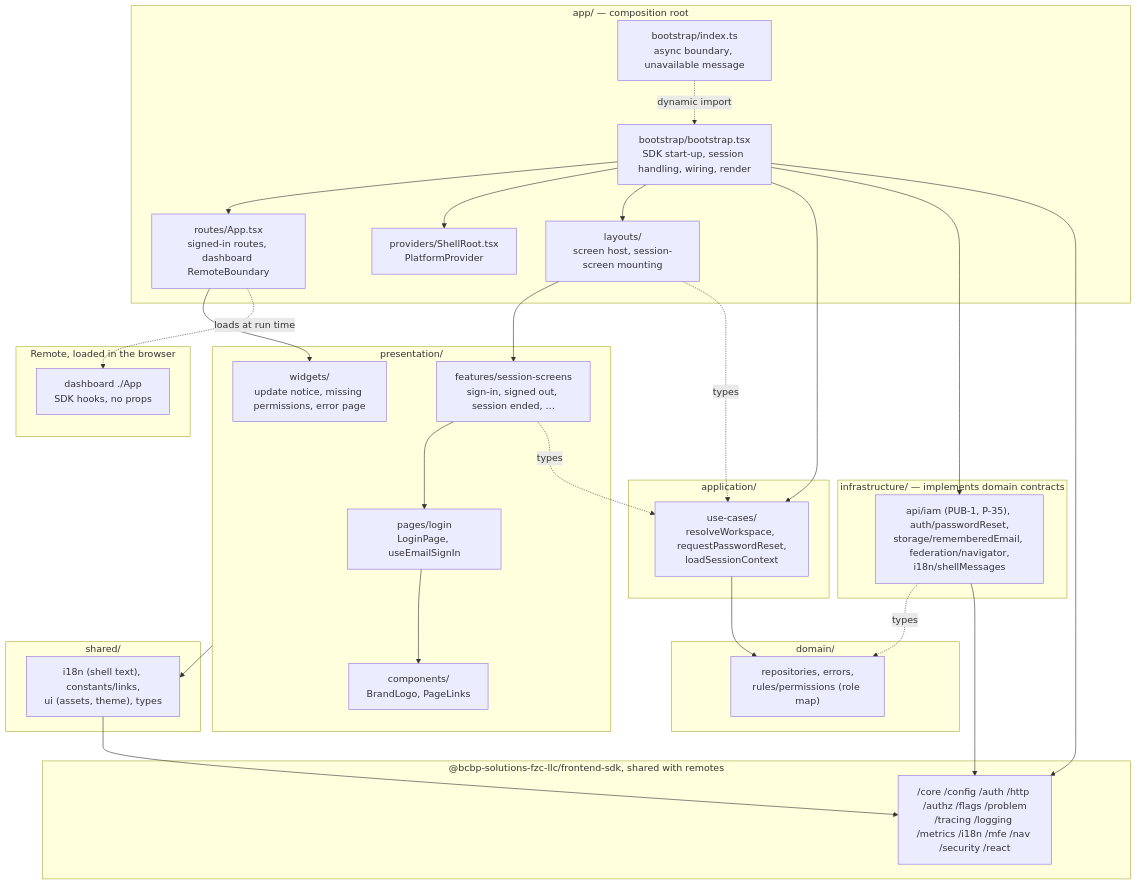
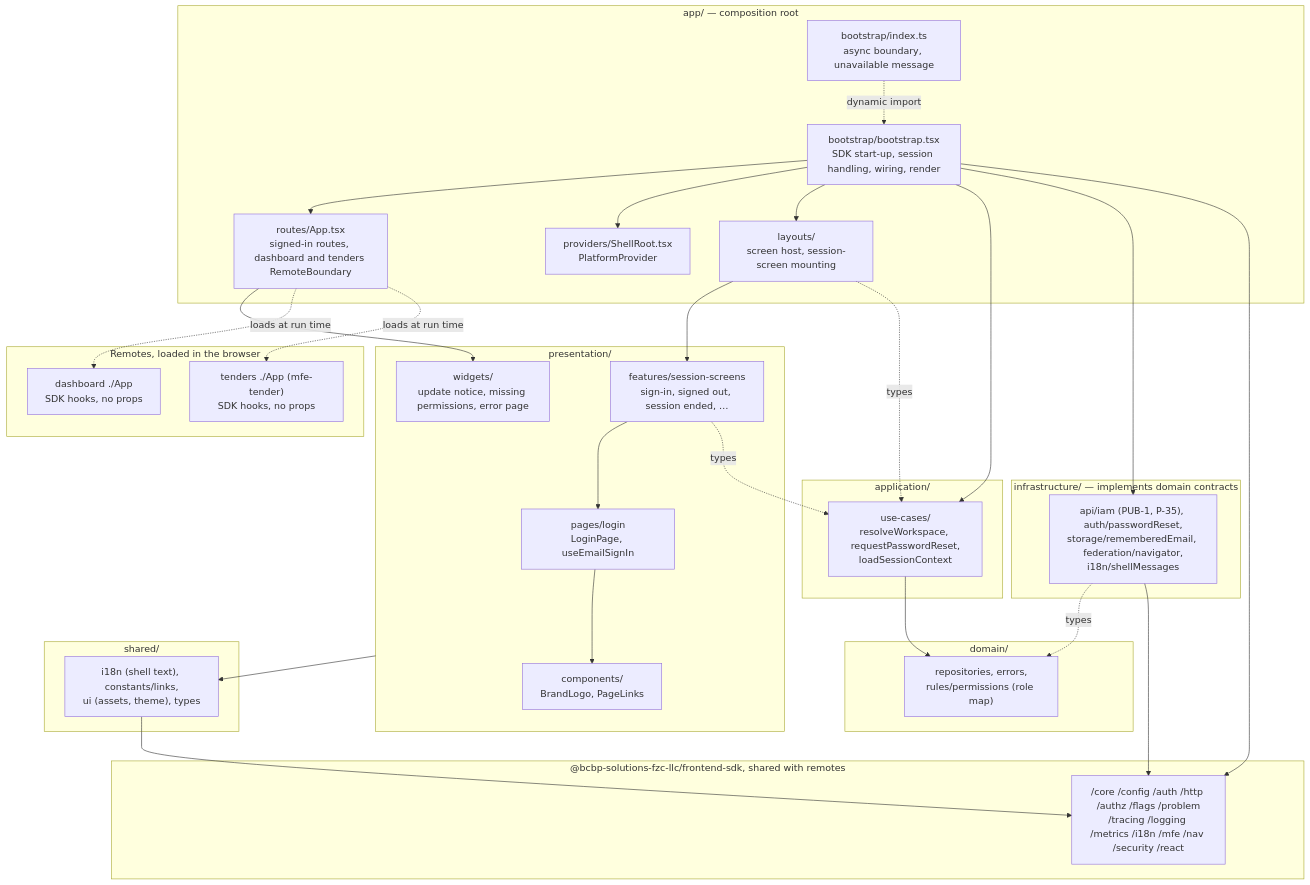
One commit to BCBP-SOLUTIONS-FZC-LLC/web-shell changed the diagram in docs/architecture/mermaid/layer-model.mmd. Above: the diagram before and after it, drawn with Mermaid. The commit also changed 19 other files, not shown here.

First line of the commit message:
Mount mfe-tender at /t/<slug>/tenders so the tender workspace loads inside the shell (#67)

```diff
--- a/docs/architecture/mermaid/layer-model.mmd
+++ b/docs/architecture/mermaid/layer-model.mmd
@@ -1,59 +1,61 @@
 graph TD
     subgraph app["app/ — composition root"]
         index["bootstrap/index.ts\nasync boundary, unavailable message"]
         boot["bootstrap/bootstrap.tsx\nSDK start-up, session handling, wiring, render"]
-        routes["routes/App.tsx\nsigned-in routes, dashboard RemoteBoundary"]
+        routes["routes/App.tsx\nsigned-in routes, dashboard and tenders RemoteBoundary"]
         providers["providers/ShellRoot.tsx\nPlatformProvider"]
         layouts["layouts/\nscreen host, session-screen mounting"]
     end
 
     subgraph presentation["presentation/"]
         pages["pages/login\nLoginPage, useEmailSignIn"]
         features["features/session-screens\nsign-in, signed out, session ended, …"]
         widgets["widgets/\nupdate notice, missing permissions, error page"]
         components["components/\nBrandLogo, PageLinks"]
     end
 
     subgraph application["application/"]
         usecases["use-cases/\nresolveWorkspace, requestPasswordReset,\nloadSessionContext"]
     end
 
     subgraph domain["domain/"]
         dom["repositories, errors,\nrules/permissions (role map)"]
     end
 
     subgraph infrastructure["infrastructure/ — implements domain contracts"]
         infra["api/iam (PUB-1, P-35), auth/passwordReset,\nstorage/rememberedEmail, federation/navigator,\ni18n/shellMessages"]
     end
 
     subgraph shared["shared/"]
         sh["i18n (shell text), constants/links,\nui (assets, theme), types"]
     end
 
     subgraph sdk["@bcbp-solutions-fzc-llc/frontend-sdk, shared with remotes"]
         sdkmods["/core /config /auth /http /authz /flags /problem\n/tracing /logging /metrics /i18n /mfe /nav /security /react"]
     end
 
-    subgraph remote["Remote, loaded in the browser"]
+    subgraph remote["Remotes, loaded in the browser"]
         dashboard["dashboard ./App\nSDK hooks, no props"]
+        tenders["tenders ./App (mfe-tender)\nSDK hooks, no props"]
     end
 
     index -. dynamic import .-> boot
     boot --> routes
     boot --> providers
     boot --> layouts
     boot --> usecases
     boot --> infra
     boot --> sdkmods
     routes --> widgets
     routes -. loads at run time .-> dashboard
+    routes -. loads at run time .-> tenders
     layouts --> features
     features --> pages
     pages --> components
     features -. types .-> usecases
     layouts -. types .-> usecases
     usecases --> dom
     infra -. types .-> dom
     infra --> sdkmods
     presentation --> sh
     sh --> sdkmods
```
